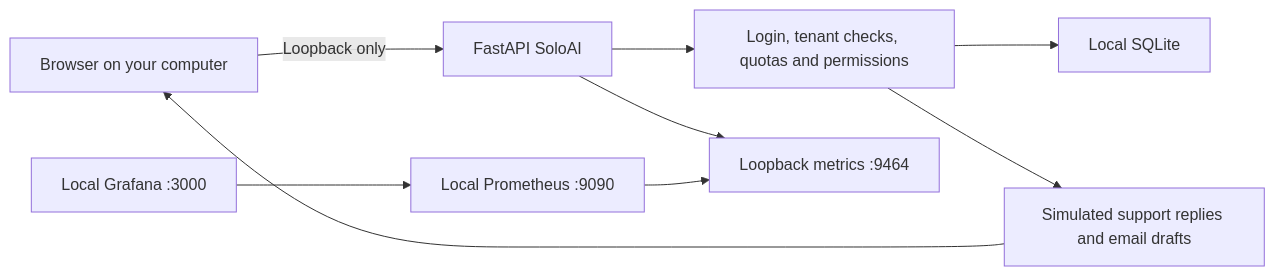
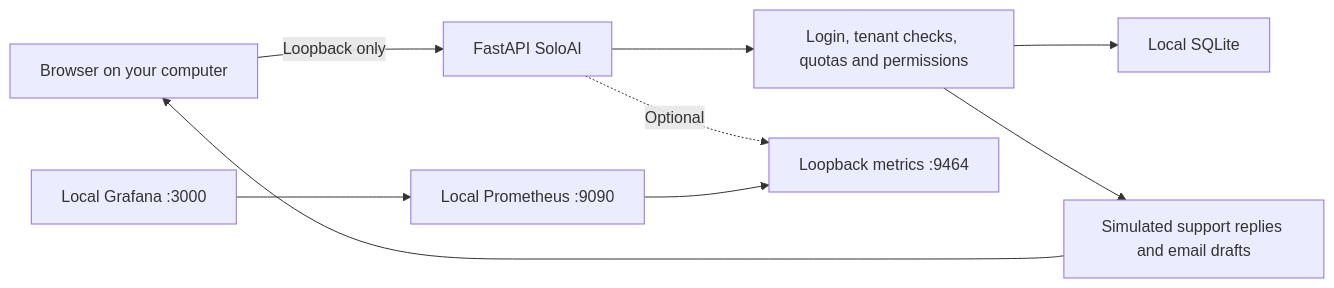
One commit to sumitsharma01/soloai changed the diagram in docs/FREE-LOCAL.md. Above: the diagram before and after it, drawn with Mermaid. The commit also changed other lines of this file and 8 other files, not shown here.

````diff
--- a/docs/FREE-LOCAL.md
+++ b/docs/FREE-LOCAL.md
@@ -8,11 +8,11 @@
 ```mermaid
 flowchart LR
     Browser[Browser on your computer] -->|Loopback only| App[FastAPI SoloAI]
     App --> Auth[Login, tenant checks, quotas and permissions]
     Auth --> DB[Local SQLite]
     Auth --> Demo[Simulated support replies and email drafts]
     Demo --> Browser
-    App --> Metrics[Loopback metrics :9464]
+    App -. Optional .-> Metrics[Loopback metrics :9464]
     Prometheus[Local Prometheus :9090] --> Metrics
     Grafana[Local Grafana :3000] --> Prometheus
 ```
````
